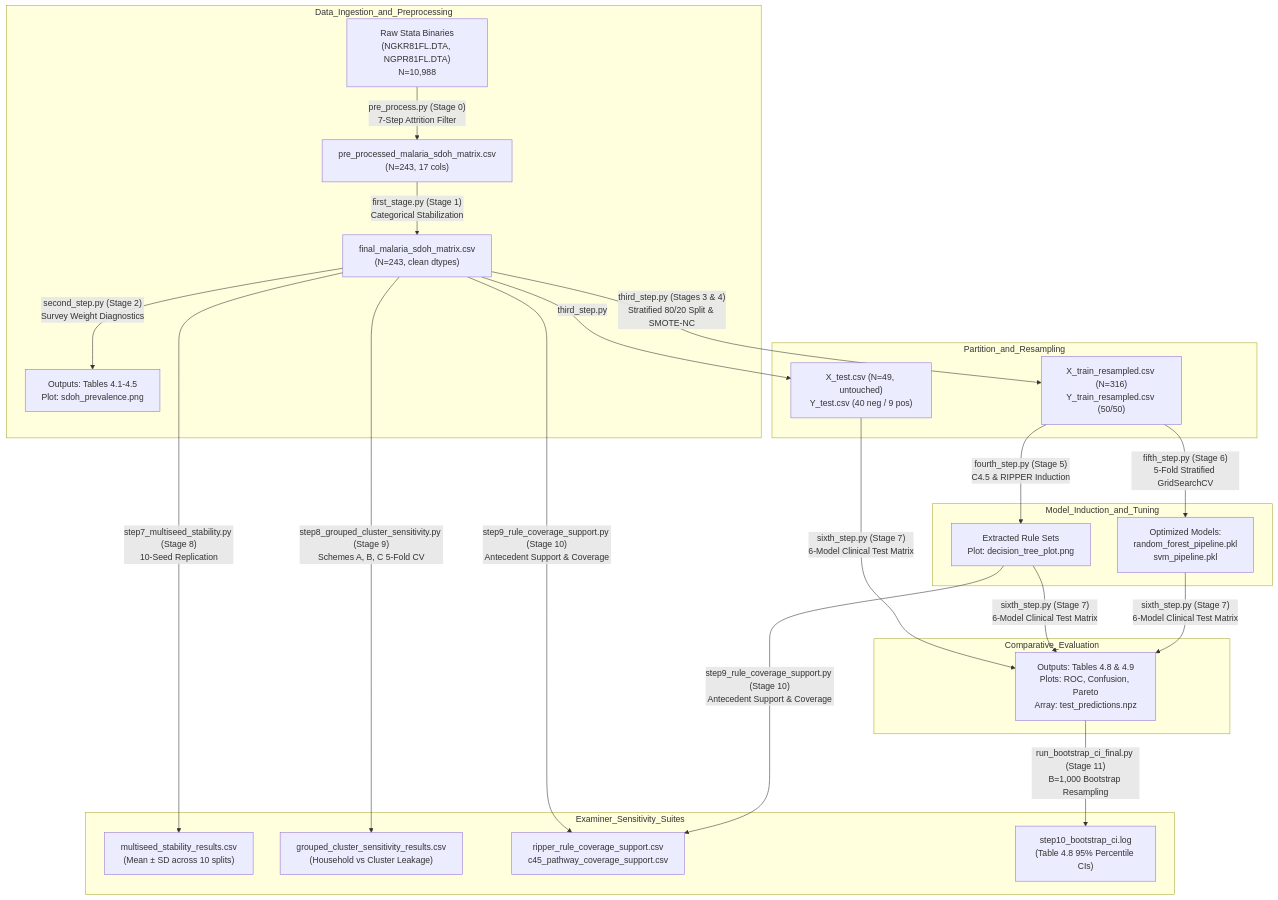
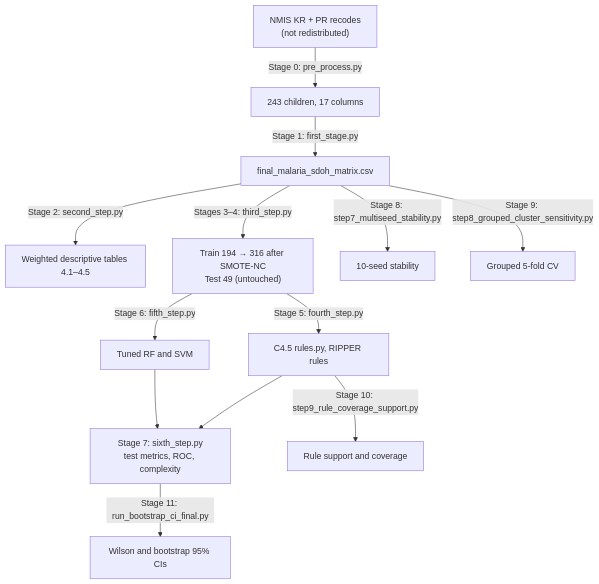
The diagram in EXAMINER_TECHNICAL_GUIDE.md (codeinpython2024/MSC_Malaria), drawn with Mermaid before and after one commit. The commit also changed other lines of this file and 15 other files, not shown here.

````diff
--- a/EXAMINER_TECHNICAL_GUIDE.md
+++ b/EXAMINER_TECHNICAL_GUIDE.md
@@ -29,29 +21,15 @@
 ```mermaid
 flowchart TD
-    subgraph Data_Ingestion_and_Preprocessing
-        A["Raw Stata Binaries<br/>(NGKR81FL.DTA, NGPR81FL.DTA)<br/>N=10,988"] -->|"pre_process.py (Stage 0)<br/>7-Step Attrition Filter"| B["pre_processed_malaria_sdoh_matrix.csv<br/>(N=243, 17 cols)"]
-        B -->|"first_stage.py (Stage 1)<br/>Categorical Stabilization"| C["final_malaria_sdoh_matrix.csv<br/>(N=243, clean dtypes)"]
-        C -->|"second_step.py (Stage 2)<br/>Survey Weight Diagnostics"| D["Outputs: Tables 4.1-4.5<br/>Plot: sdoh_prevalence.png"]
-    end
-
-    subgraph Partition_and_Resampling
-        C -->|"third_step.py (Stages 3 & 4)<br/>Stratified 80/20 Split & SMOTE-NC"| E["X_train_resampled.csv (N=316)<br/>Y_train_resampled.csv (50/50)"]
-        C -->|"third_step.py"| F["X_test.csv (N=49, untouched)<br/>Y_test.csv (40 neg / 9 pos)"]
-    end
-
-    subgraph Model_Induction_and_Tuning
-        E -->|"fourth_step.py (Stage 5)<br/>C4.5 & RIPPER Induction"| G["Extracted Rule Sets<br/>Plot: decision_tree_plot.png"]
-        E -->|"fifth_step.py (Stage 6)<br/>5-Fold Stratified GridSearchCV"| H["Optimized Models:<br/>random_forest_pipeline.pkl<br/>svm_pipeline.pkl"]
-    end
-
-    subgraph Comparative_Evaluation
-        F & G & H -->|"sixth_step.py (Stage 7)<br/>6-Model Clinical Test Matrix"| I["Outputs: Tables 4.8 & 4.9<br/>Plots: ROC, Confusion, Pareto<br/>Array: test_predictions.npz"]
-    end
-
-    subgraph Examiner_Sensitivity_Suites
-        C -->|"step7_multiseed_stability.py (Stage 8)<br/>10-Seed Replication"| J["multiseed_stability_results.csv<br/>(Mean ± SD across 10 splits)"]
-        C -->|"step8_grouped_cluster_sensitivity.py (Stage 9)<br/>Schemes A, B, C 5-Fold CV"| K["grouped_cluster_sensitivity_results.csv<br/>(Household vs Cluster Leakage)"]
-        C & G -->|"step9_rule_coverage_support.py (Stage 10)<br/>Antecedent Support & Coverage"| L["ripper_rule_coverage_support.csv<br/>c45_pathway_coverage_support.csv"]
-        I -->|"run_bootstrap_ci_final.py (Stage 11)<br/>B=1,000 Bootstrap Resampling"| M["step10_bootstrap_ci.log<br/>(Table 4.8 95% Percentile CIs)"]
-    end
+    A["NMIS KR + PR recodes<br/>(not redistributed)"] -->|"Stage 0: pre_process.py"| B["243 children, 17 columns"]
+    B -->|"Stage 1: first_stage.py"| C["final_malaria_sdoh_matrix.csv"]
+    C -->|"Stage 2: second_step.py"| D["Weighted descriptive tables 4.1–4.5"]
+    C -->|"Stages 3–4: third_step.py"| E["Train 194 → 316 after SMOTE-NC<br/>Test 49 (untouched)"]
+    E -->|"Stage 5: fourth_step.py"| F["C4.5 rules.py, RIPPER rules"]
+    E -->|"Stage 6: fifth_step.py"| G["Tuned RF and SVM"]
+    F --> H["Stage 7: sixth_step.py<br/>test metrics, ROC, complexity"]
+    G --> H
+    C -->|"Stage 8: step7_multiseed_stability.py"| I["10-seed stability"]
+    C -->|"Stage 9: step8_grouped_cluster_sensitivity.py"| J["Grouped 5-fold CV"]
+    F -->|"Stage 10: step9_rule_coverage_support.py"| K["Rule support and coverage"]
+    H -->|"Stage 11: run_bootstrap_ci_final.py"| L["Wilson and bootstrap 95% CIs"]
 ```
````
